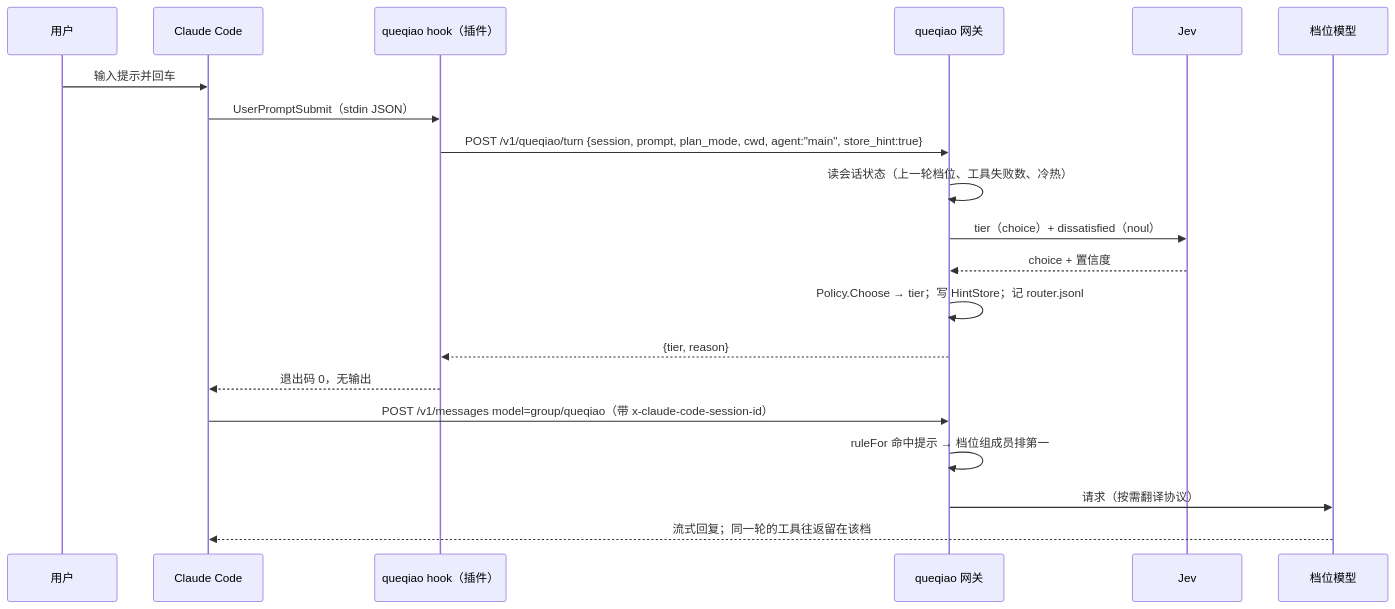
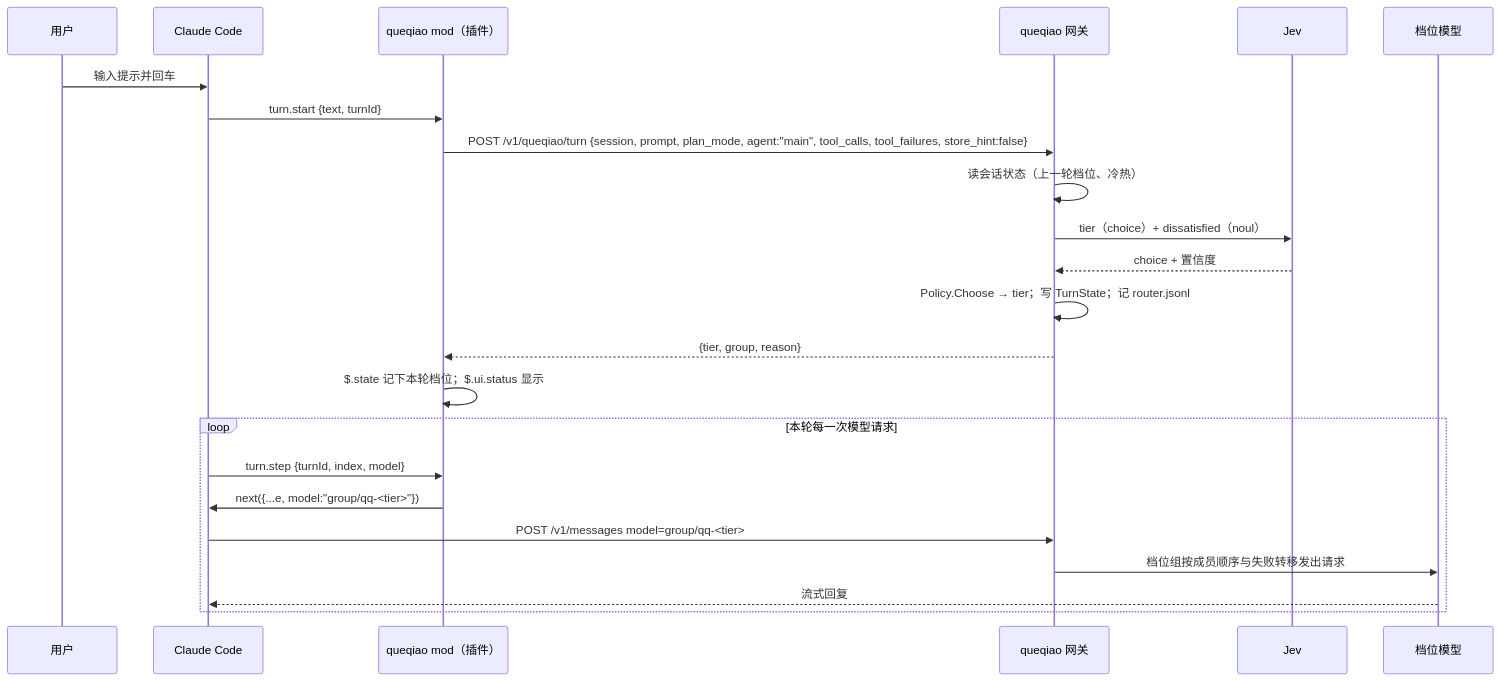
The second of 2 diagrams in docs/superpowers/specs/2026-10-02-queqiao-design.md (weiping/queqiao), drawn with Mermaid before and after one commit. The commit also changed other lines of this file, not shown here.

First line of the commit message:
docs(spec): integrate Claude Code through mods instead of command hooks

````diff
--- a/docs/superpowers/specs/2026-10-02-queqiao-design.md
+++ b/docs/superpowers/specs/2026-10-02-queqiao-design.md
@@ -143,22 +151,25 @@
 ```mermaid
 sequenceDiagram
   participant U as 用户
   participant CC as Claude Code
-  participant HK as queqiao hook（插件）
+  participant MD as queqiao mod（插件）
   participant GW as queqiao 网关
   participant J as Jev
   participant M as 档位模型
   U->>CC: 输入提示并回车
-  CC->>HK: UserPromptSubmit（stdin JSON）
-  HK->>GW: POST /v1/queqiao/turn {session, prompt, plan_mode, cwd, agent:"main", store_hint:true}
-  GW->>GW: 读会话状态（上一轮档位、工具失败数、冷热）
+  CC->>MD: turn.start {text, turnId}
+  MD->>GW: POST /v1/queqiao/turn {session, prompt, plan_mode, agent:"main", tool_calls, tool_failures, store_hint:false}
+  GW->>GW: 读会话状态（上一轮档位、冷热）
   GW->>J: tier（choice）+ dissatisfied（noul）
   J-->>GW: choice + 置信度
-  GW->>GW: Policy.Choose → tier；写 HintStore；记 router.jsonl
-  GW-->>HK: {tier, reason}
-  HK-->>CC: 退出码 0，无输出
-  CC->>GW: POST /v1/messages model=group/queqiao（带 x-claude-code-session-id）
-  GW->>GW: ruleFor 命中提示 → 档位组成员排第一
-  GW->>M: 请求（按需翻译协议）
-  M-->>CC: 流式回复；同一轮的工具往返留在该档
+  GW->>GW: Policy.Choose → tier；写 TurnState；记 router.jsonl
+  GW-->>MD: {tier, group, reason}
+  MD->>MD: $.state 记下本轮档位；$.ui.status 显示
+  loop 本轮每一次模型请求
+    CC->>MD: turn.step {turnId, index, model}
+    MD->>CC: next({...e, model:"group/qq-<tier>"})
+    CC->>GW: POST /v1/messages model=group/qq-<tier>
+    GW->>M: 档位组按成员顺序与失败转移发出请求
+    M-->>CC: 流式回复
+  end
 ```
````
